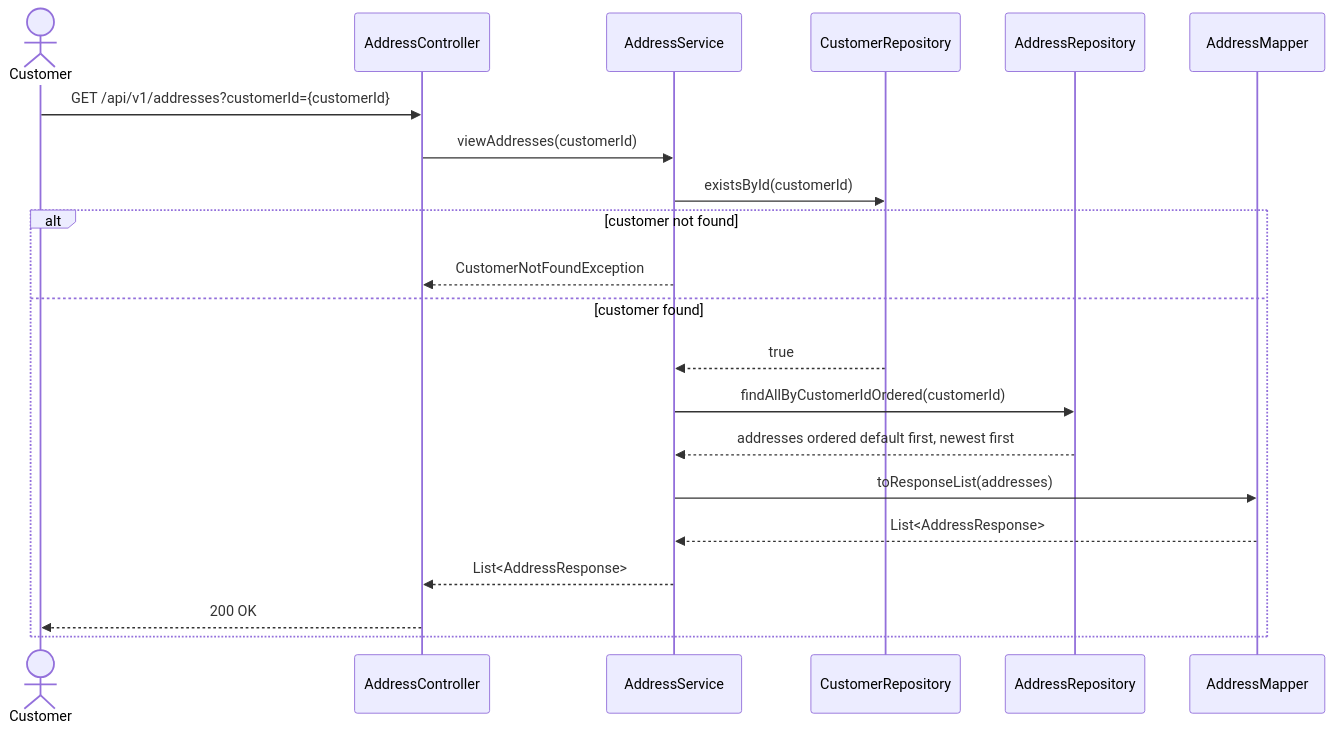
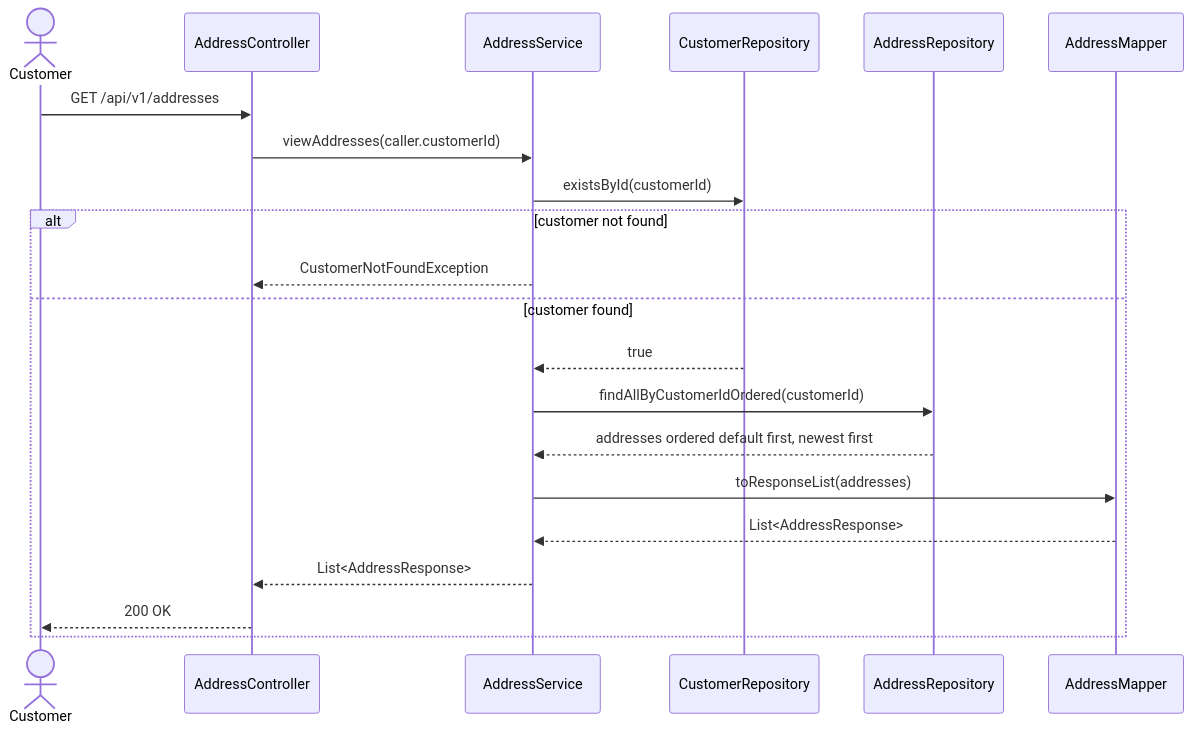
The second of 5 diagrams in restaurant/.docs/use-cases/customer-management/address-management/sequence-diagrams.md (msmohammed0077-cmd/mentorship-restaurant), drawn with Mermaid before and after one commit. The commit also changed other lines of this file and 25 other files, not shown here.

````diff
--- a/restaurant/.docs/use-cases/customer-management/address-management/sequence-diagrams.md
+++ b/restaurant/.docs/use-cases/customer-management/address-management/sequence-diagrams.md
@@ -38,24 +42,24 @@
 ```mermaid
 sequenceDiagram
     actor Customer
     participant C as AddressController
     participant H as AddressService
     participant Customers as CustomerRepository
     participant Addresses as AddressRepository
     participant M as AddressMapper
 
-    Customer->>C: GET /api/v1/addresses?customerId={customerId}
-    C->>H: viewAddresses(customerId)
+    Customer->>C: GET /api/v1/addresses
+    C->>H: viewAddresses(caller.customerId)
     H->>Customers: existsById(customerId)
     alt customer not found
         H-->>C: CustomerNotFoundException
     else customer found
         Customers-->>H: true
         H->>Addresses: findAllByCustomerIdOrdered(customerId)
         Addresses-->>H: addresses ordered default first, newest first
         H->>M: toResponseList(addresses)
         M-->>H: List<AddressResponse>
         H-->>C: List<AddressResponse>
         C-->>Customer: 200 OK
     end
 ```
````
